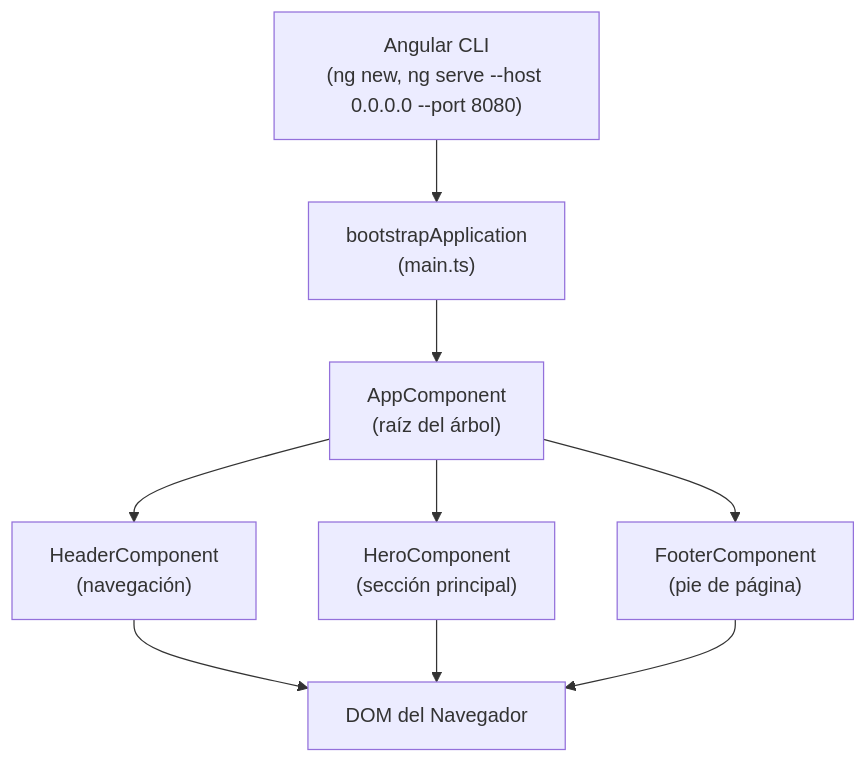
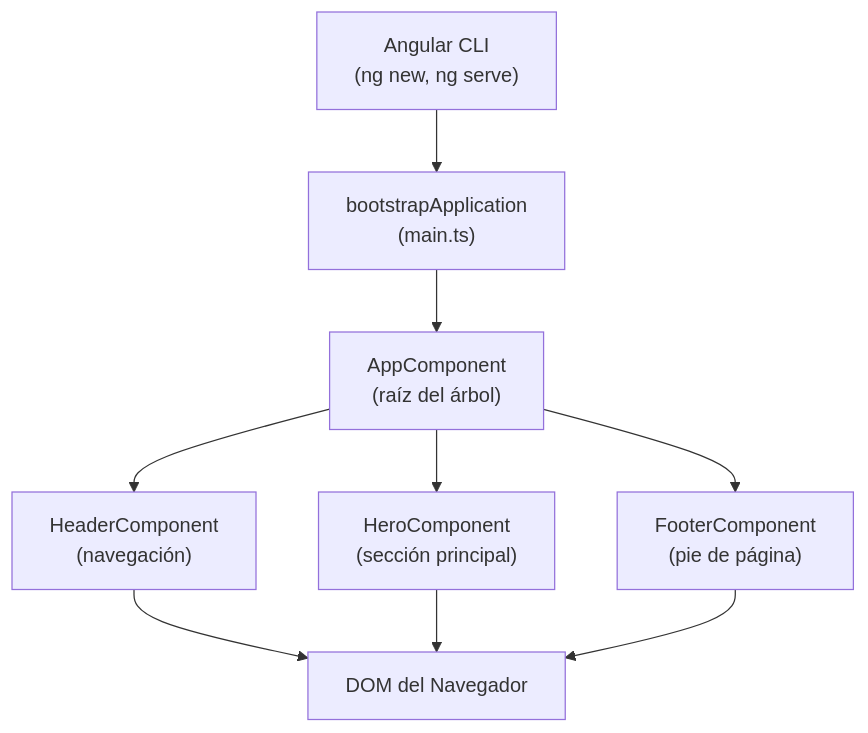
The diagram in 02-intro-angular/README.md (edgardo001/angular-mastery-roadmap), drawn with Mermaid before and after one commit. The commit also changed other lines of this file and 5 other files, not shown here.

````diff
--- a/02-intro-angular/README.md
+++ b/02-intro-angular/README.md
@@ -11,11 +19,11 @@
 ```mermaid
 flowchart TB
-    CLI["Angular CLI\n(ng new, ng serve --host 0.0.0.0 --port 8080)"] --> BOOT["bootstrapApplication\n(main.ts)"]
+    CLI["Angular CLI\n(ng new, ng serve)"] --> BOOT["bootstrapApplication\n(main.ts)"]
     BOOT --> ROOT["AppComponent\n(raíz del árbol)"]
     ROOT --> HDR["HeaderComponent\n(navegación)"]
     ROOT --> HERO["HeroComponent\n(sección principal)"]
     ROOT --> FTR["FooterComponent\n(pie de página)"]
     HDR --> DOM["DOM del Navegador"]
     HERO --> DOM
     FTR --> DOM
 ```
````
